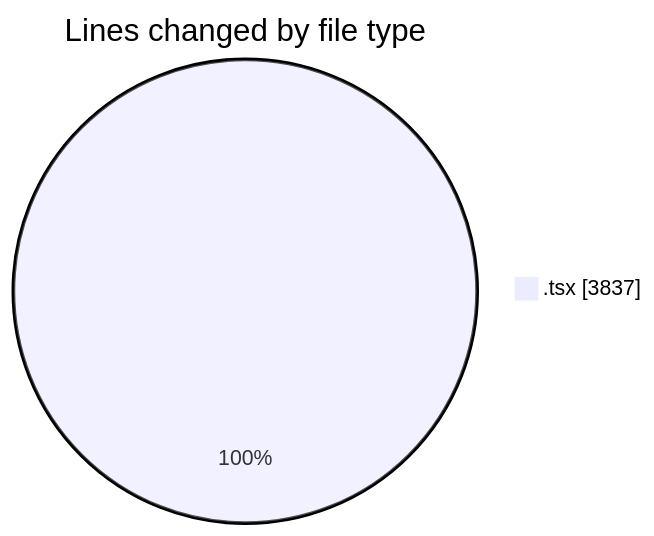
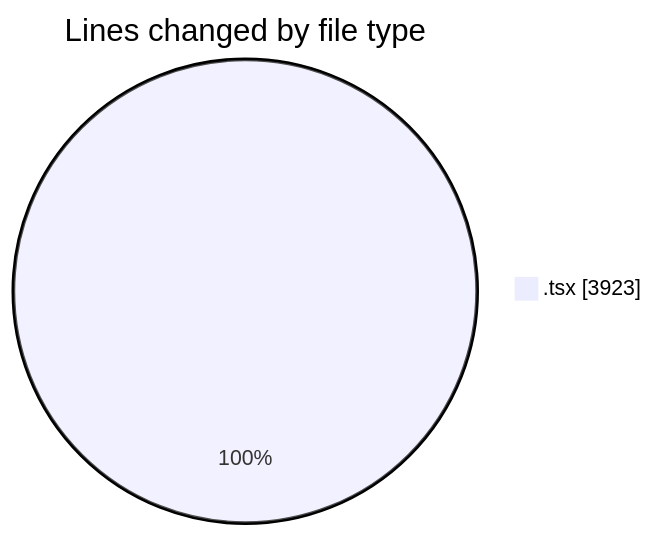
The first of 2 diagrams in 2026-06-18/nxtqube_webapp/README.md (nxtqubesakshisongat/code-tracking), drawn with Mermaid before and after one commit. The commit also changed other lines of this file and 1 other file, not shown here.

````diff
--- a/2026-06-18/nxtqube_webapp/README.md
+++ b/2026-06-18/nxtqube_webapp/README.md
@@ -20,5 +20,5 @@
 ```mermaid
 pie showData
 title Lines changed by file type
-".tsx" : 3837
+".tsx" : 3923
 ```
````
